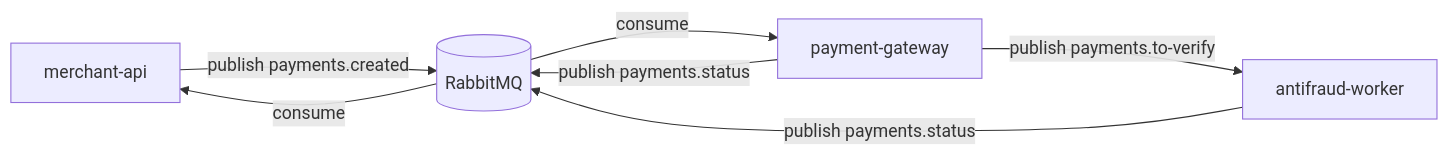
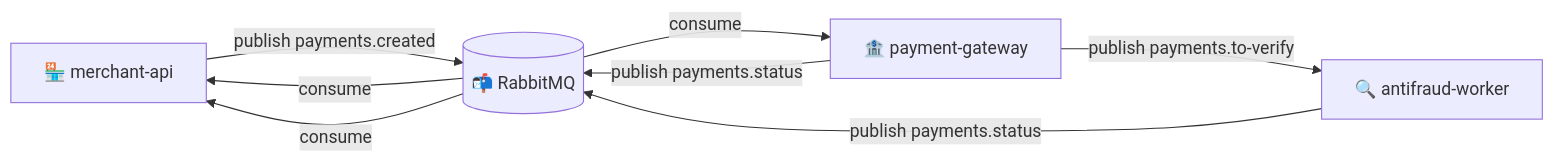
One commit to wesleywerikis/payment-gateway changed the diagram in README.md. Above: the diagram before and after it, drawn with Mermaid. The commit also changed other lines of this file, not shown here.

````diff
--- a/README.md
+++ b/README.md
@@ -21,9 +23,10 @@
 ```mermaid
 flowchart LR
-  A[merchant-api] -->|publish payments.created| B[(RabbitMQ)]
-  B -->|consume| C[payment-gateway]
+  A[🏪 merchant-api] -->|publish payments.created| B[(📬 RabbitMQ)]
+  B -->|consume| C[🏦 payment-gateway]
   C -->|publish payments.status| B
   B -->|consume| A
-  C -->|publish payments.to-verify| D[antifraud-worker]
+  C -->|publish payments.to-verify| D[🔍 antifraud-worker]
   D -->|publish payments.status| B
+  B -->|consume| A
 ```
````
